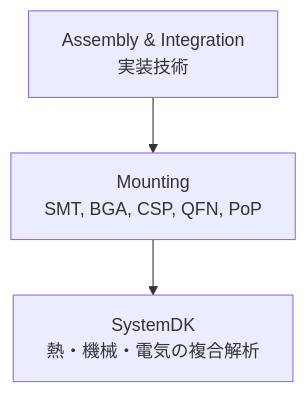
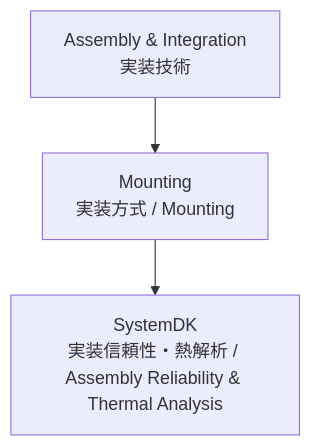
Before and after one commit to Samizo-AITL/Edusemi-Plus: the diagram in Assembly-Integration/Mounting/README.md, drawn with Mermaid. The commit also changed other lines of this file, not shown here.

````diff
--- a/Assembly-Integration/Mounting/README.md
+++ b/Assembly-Integration/Mounting/README.md
@@ -39,5 +44,5 @@
 ```mermaid
 graph TD
-  A[Assembly & Integration<br/>実装技術] --> B[Mounting<br/>SMT, BGA, CSP, QFN, PoP]
-  B --> C[SystemDK<br/>熱・機械・電気の複合解析]
+  A[Assembly & Integration<br/>実装技術] --> B[Mounting<br/>実装方式 / Mounting]
+  B --> C[SystemDK<br/>実装信頼性・熱解析 / Assembly Reliability & Thermal Analysis]
 ```
````
